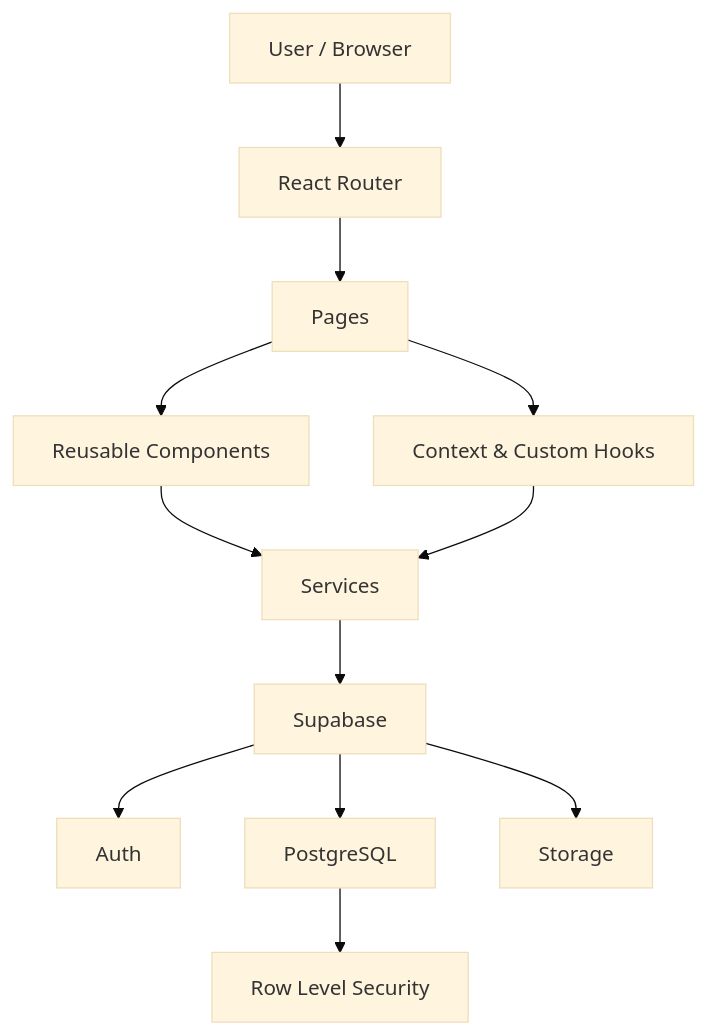
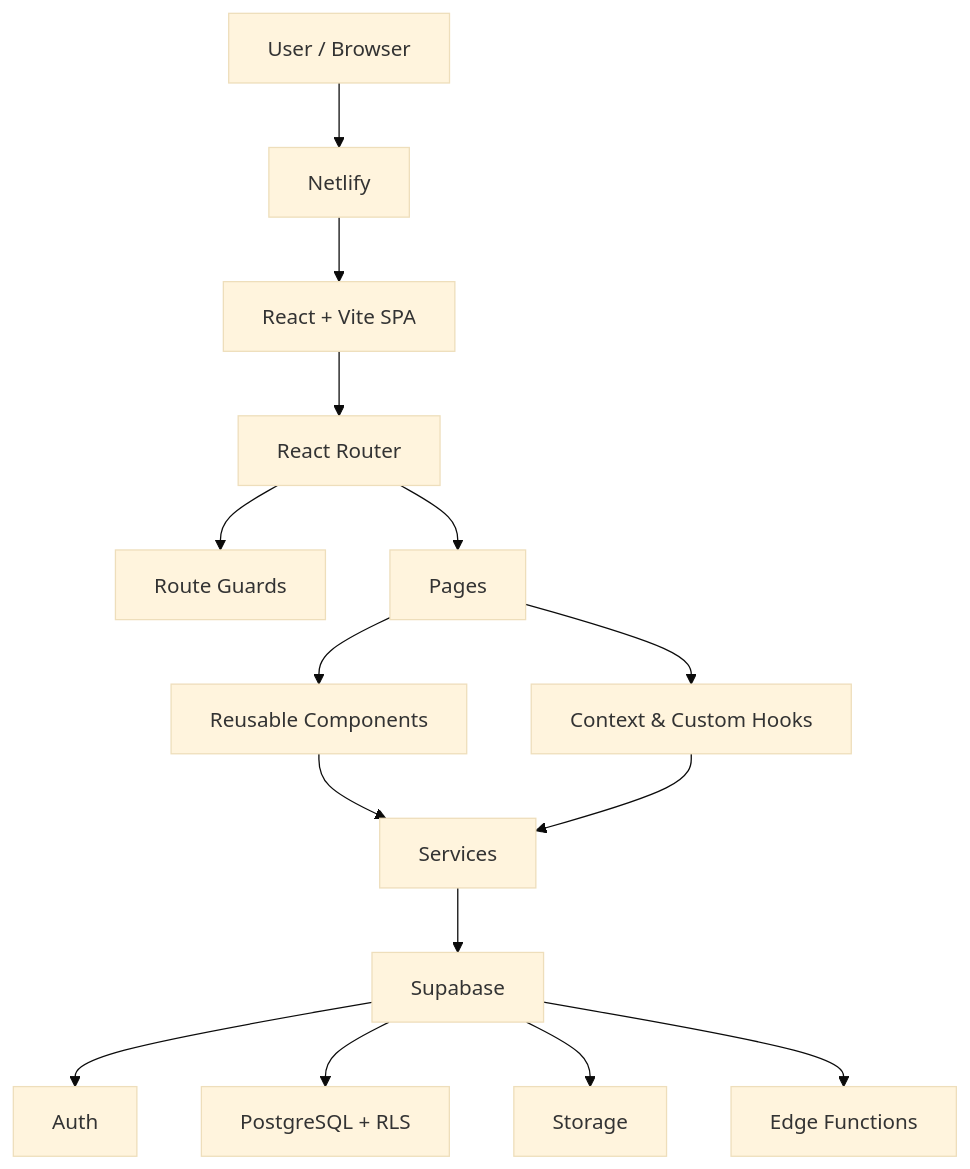
One commit to SATananov/CaneCorsoHeritage changed the diagram in README.md. Above: the diagram before and after it, drawn with Mermaid (base theme).

Commit message:
Update production architecture diagram

````diff
--- a/README.md
+++ b/README.md
@@ -57,14 +57,21 @@
 ```mermaid
 flowchart TD
-    A[User / Browser] --> B[React Router]
-    B --> C[Pages]
-    C --> D[Reusable Components]
-    C --> E[Context & Custom Hooks]
-    D --> F[Services]
-    E --> F
-    F --> G[Supabase]
-    G --> H[Auth]
-    G --> I[PostgreSQL]
-    G --> J[Storage]
-    I --> K[Row Level Security]
+    A[User / Browser] --> B[Netlify]
+    B --> C[React + Vite SPA]
+    C --> D[React Router]
+    D --> E[Route Guards]
+    D --> F[Pages]
+
+    F --> G[Reusable Components]
+    F --> H[Context & Custom Hooks]
+
+    G --> I[Services]
+    H --> I
+
+    I --> J[Supabase]
+
+    J --> K[Auth]
+    J --> L[PostgreSQL + RLS]
+    J --> M[Storage]
+    J --> N[Edge Functions]
 ```
````
